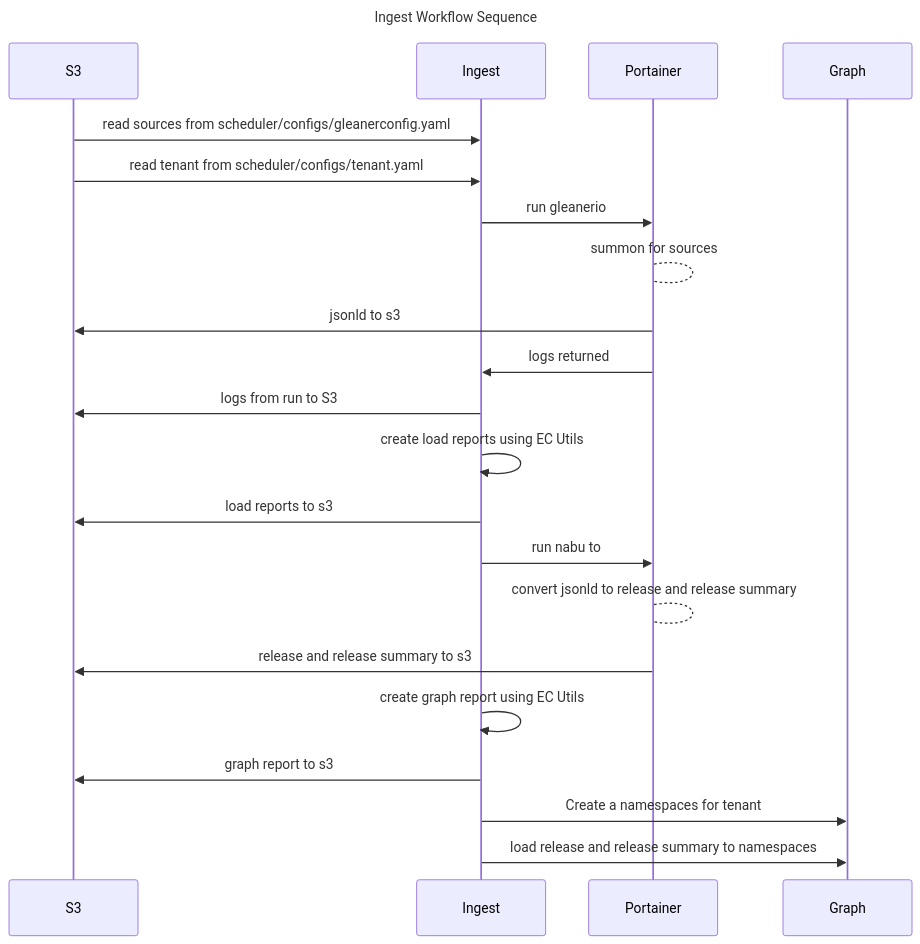
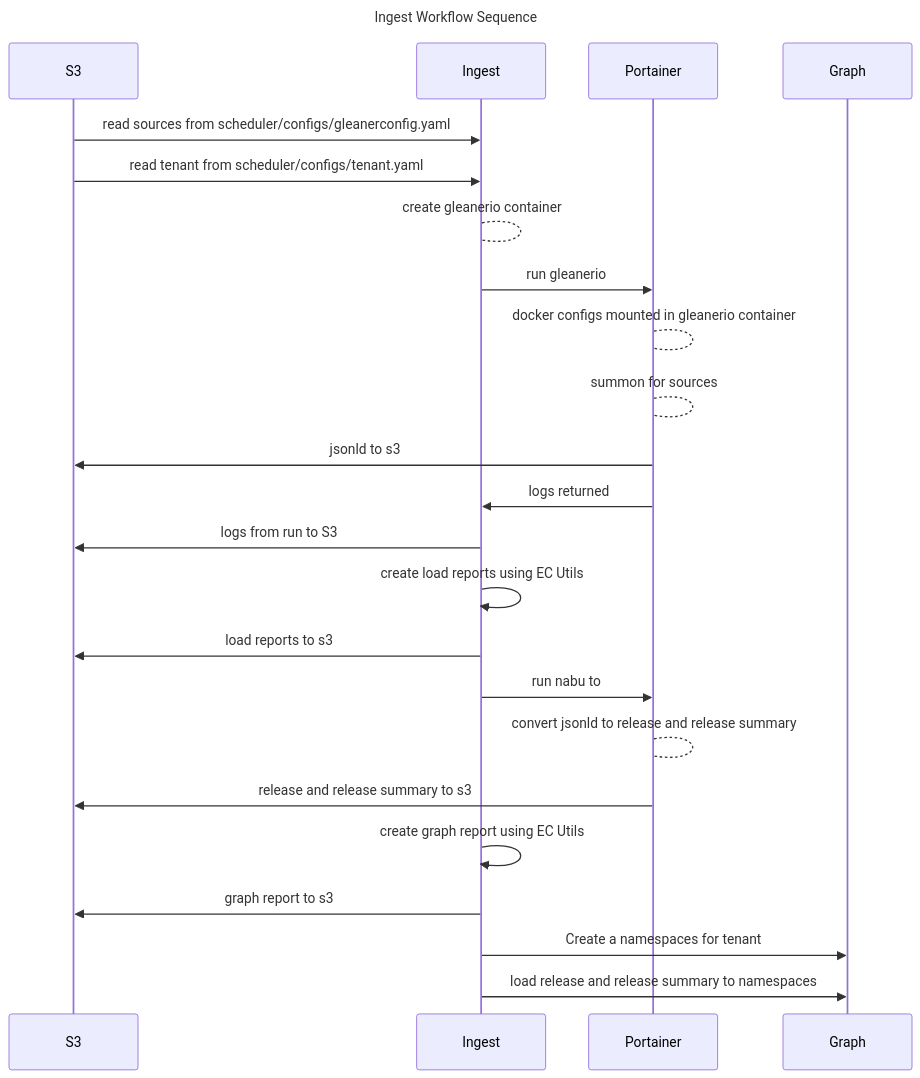
Before and after one commit to earthcube/scheduler: the second of 4 diagrams in docs/README.md, drawn with Mermaid. The commit also changed other lines of this file and 2 other files, not shown here.

Commit message:
try to create a build scheduler

````diff
--- a/docs/README.md
+++ b/docs/README.md
@@ -103,26 +108,28 @@
 ```mermaid
 ---
 title: Ingest Workflow Sequence
 ---
 sequenceDiagram
     participant S3
     participant Ingest
     participant Portainer
     participant Graph
     S3->>Ingest: read sources from scheduler/configs/gleanerconfig.yaml
     S3->>Ingest: read tenant from scheduler/configs/tenant.yaml
+    Ingest-->Ingest: create gleanerio container
     Ingest->>Portainer: run gleanerio 
+    Portainer-->Portainer: docker configs mounted in gleanerio container
     Portainer-->Portainer: summon for sources
     Portainer->>S3: jsonld  to s3
     Portainer->>Ingest:  logs returned
     Ingest->>S3: logs from run to S3
     Ingest->>Ingest: create load reports using EC Utils
     Ingest->>S3: load reports  to s3
     Ingest->>Portainer: run nabu  to 
     Portainer-->Portainer: convert jsonld  to release and release summary
     Portainer->>S3: release and release summary  to s3
     Ingest->>Ingest: create graph report using EC Utils
     Ingest->>S3: graph report  to s3
     Ingest->>Graph: Create a namespaces for tenant
     Ingest->>Graph: load release and release summary to namespaces
 ```
````
